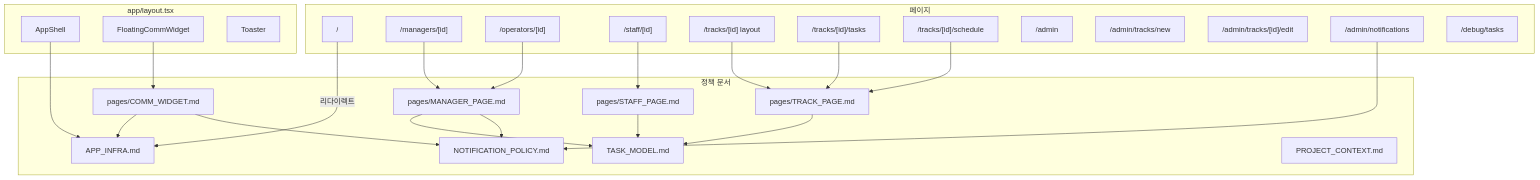
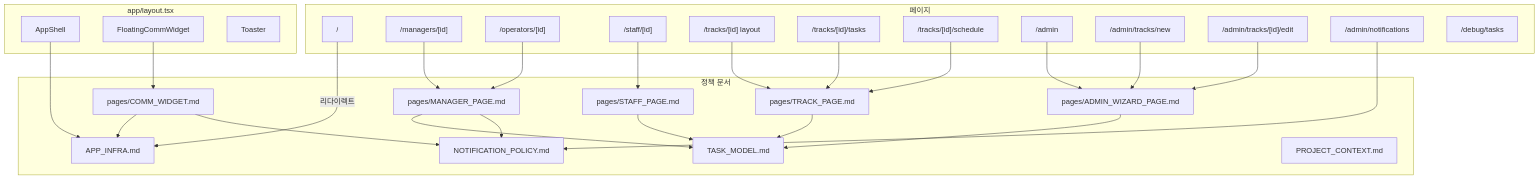
Before and after one commit to bearjun05/track-dashboard: the diagram in docs/CONTEXT_GRAPH.md, drawn with Mermaid. The commit also changed other lines of this file and 6 other files, not shown here.

````diff
--- a/docs/CONTEXT_GRAPH.md
+++ b/docs/CONTEXT_GRAPH.md
@@ -38,52 +38,57 @@
 ```mermaid
 graph TB
     subgraph layout [app/layout.tsx]
         AppShell
         FloatingCommWidget
         Toaster
     end
 
     subgraph pages [페이지]
         RootPage["/"]
         ManagerPage["/managers/[id]"]
         OperatorPage["/operators/[id]"]
         StaffPage["/staff/[id]"]
         TrackLayout["/tracks/[id] layout"]
         TrackTasks["/tracks/[id]/tasks"]
         TrackSchedule["/tracks/[id]/schedule"]
         AdminHome["/admin"]
         AdminNew["/admin/tracks/new"]
         AdminEdit["/admin/tracks/[id]/edit"]
         AdminNotif["/admin/notifications"]
         DebugTasks["/debug/tasks"]
     end
 
     subgraph docs [정책 문서]
         AppInfra["APP_INFRA.md"]
         ManagerDoc["pages/MANAGER_PAGE.md"]
         StaffDoc["pages/STAFF_PAGE.md"]
         TrackDoc["pages/TRACK_PAGE.md"]
         CommDoc["pages/COMM_WIDGET.md"]
+        WizardDoc["pages/ADMIN_WIZARD_PAGE.md"]
         TaskModel["TASK_MODEL.md"]
         NotifPolicy["NOTIFICATION_POLICY.md"]
         ProjectCtx["PROJECT_CONTEXT.md"]
     end
 
     RootPage -->|리다이렉트| AppInfra
     ManagerPage --> ManagerDoc
     OperatorPage --> ManagerDoc
     StaffPage --> StaffDoc
     TrackLayout --> TrackDoc
     TrackTasks --> TrackDoc
     TrackSchedule --> TrackDoc
     FloatingCommWidget --> CommDoc
     AppShell --> AppInfra
+    AdminHome --> WizardDoc
+    AdminNew --> WizardDoc
+    AdminEdit --> WizardDoc
     AdminNotif --> NotifPolicy
 
     ManagerDoc --> TaskModel
     StaffDoc --> TaskModel
     TrackDoc --> TaskModel
+    WizardDoc --> TaskModel
     CommDoc --> AppInfra
     CommDoc --> NotifPolicy
     ManagerDoc --> NotifPolicy
 ```
````
